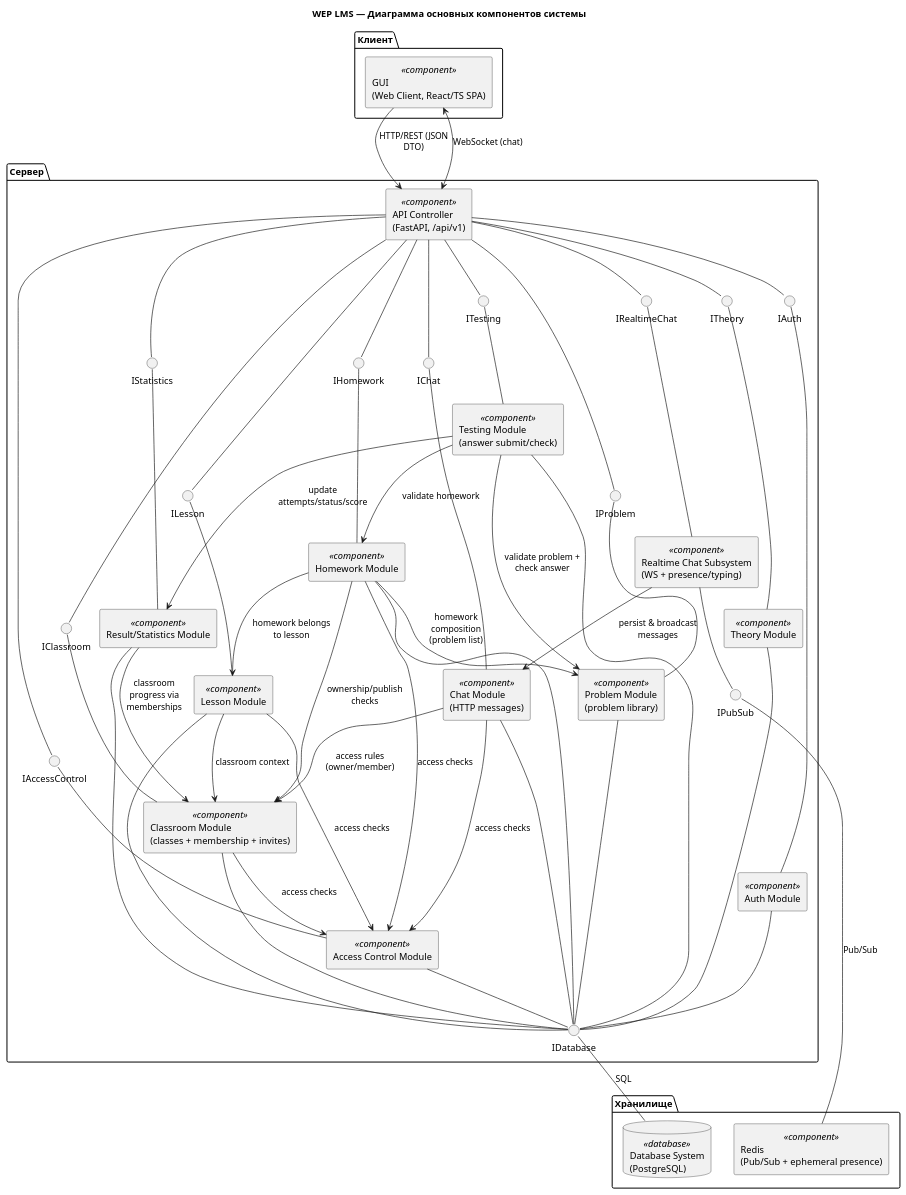
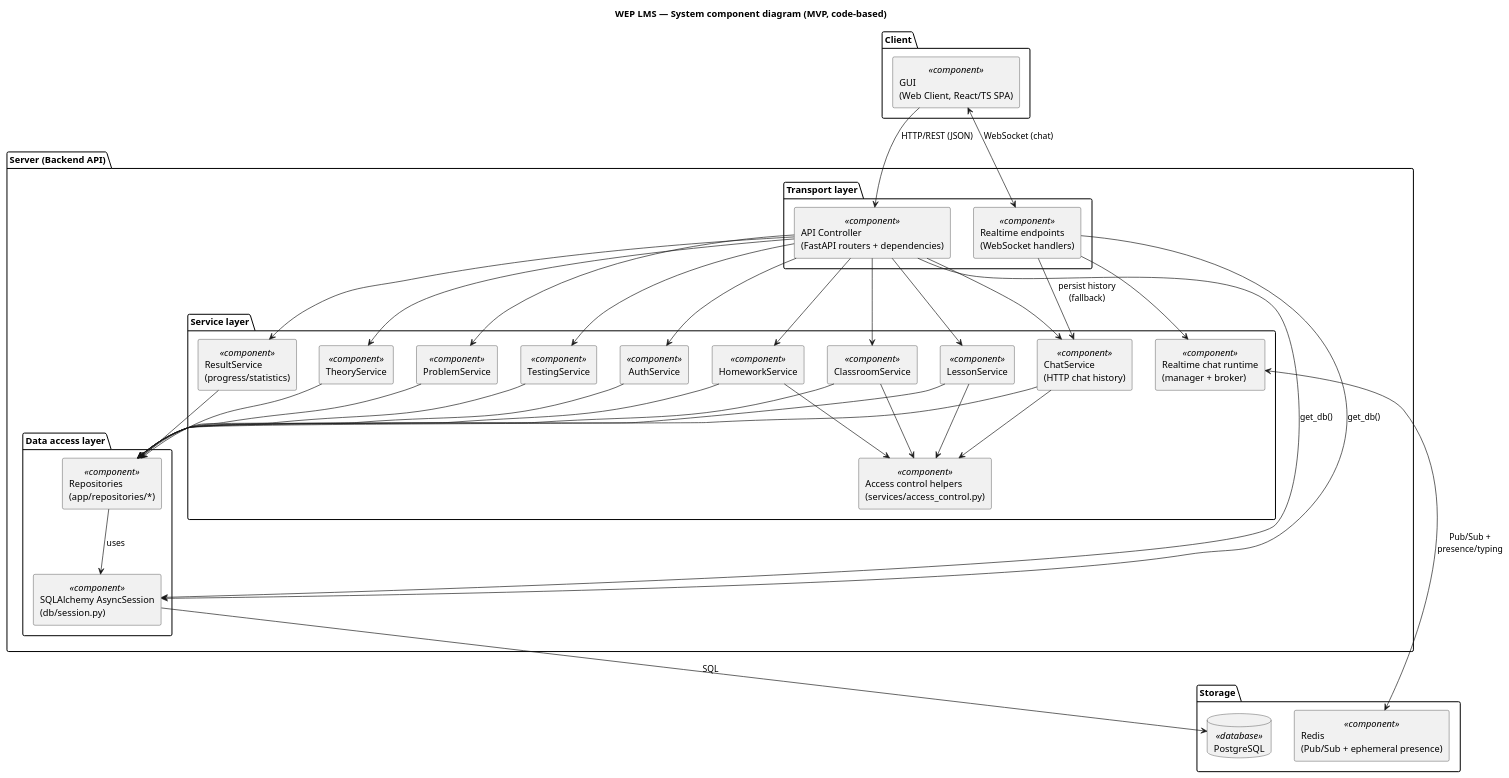
The diagram in docs/diagrams/component-diagram.puml (Kirill555dg/wep-education-platform), drawn with PlantUML before and after one commit. The commit also changed 1 other file, not shown here.

Commit message:
docs: restructure component diagram into layers

```diff
--- a/docs/diagrams/component-diagram.puml
+++ b/docs/diagrams/component-diagram.puml
@@ -1,110 +1,89 @@
 @startuml
-title WEP LMS — Диаграмма основных компонентов системы
+title WEP LMS — System component diagram (MVP, code-based)
 
 skinparam componentStyle rectangle
 skinparam shadowing false
-skinparam wrapWidth 240
+skinparam wrapWidth 220
 skinparam maxMessageSize 120
 
-package "Клиент" as client {
+package "Client" as client {
   component "GUI\n(Web Client, React/TS SPA)" as GUI <<component>>
 }
 
-package "Сервер" as server {
-  component "API Controller\n(FastAPI, /api/v1)" as API <<component>>
+package "Server (Backend API)" as server {
+  package "Transport layer" as transport {
+    component "API Controller\n(FastAPI routers + dependencies)" as API <<component>>
+    component "Realtime endpoints\n(WebSocket handlers)" as WS <<component>>
+  }
 
-  component "Auth Module" as AUTH <<component>>
-  component "Access Control Module" as ACL <<component>>
-  component "Classroom Module\n(classes + membership + invites)" as CLASSROOM <<component>>
-  component "Lesson Module" as LESSON <<component>>
-  component "Homework Module" as HOMEWORK <<component>>
-  component "Problem Module\n(problem library)" as PROBLEM <<component>>
-  component "Testing Module\n(answer submit/check)" as TESTING <<component>>
-  component "Result/Statistics Module" as STATS <<component>>
-  component "Theory Module" as THEORY <<component>>
-  component "Chat Module\n(HTTP messages)" as CHAT <<component>>
-  component "Realtime Chat Subsystem\n(WS + presence/typing)" as REALTIME <<component>>
+  package "Service layer" as services {
+    component "AuthService" as AUTH <<component>>
+    component "ClassroomService" as CLASSROOM <<component>>
+    component "LessonService" as LESSON <<component>>
+    component "HomeworkService" as HOMEWORK <<component>>
+    component "ProblemService" as PROBLEM <<component>>
+    component "TestingService" as TESTING <<component>>
+    component "ResultService\n(progress/statistics)" as STATS <<component>>
+    component "TheoryService" as THEORY <<component>>
+    component "ChatService\n(HTTP chat history)" as CHAT <<component>>
 
-  () "IAuth" as IAuth
-  () "IAccessControl" as IAccessControl
-  () "IClassroom" as IClassroom
-  () "ILesson" as ILesson
-  () "IHomework" as IHomework
-  () "IProblem" as IProblem
-  () "ITesting" as ITesting
-  () "IStatistics" as IStatistics
-  () "ITheory" as ITheory
-  () "IChat" as IChat
-  () "IRealtimeChat" as IRealtimeChat
-  () "IDatabase" as IDatabase
-  () "IPubSub" as IPubSub
+    component "Access control helpers\n(services/access_control.py)" as ACL <<component>>
+    component "Realtime chat runtime\n(manager + broker)" as REALTIME <<component>>
+  }
+
+  package "Data access layer" as dal {
+    component "SQLAlchemy AsyncSession\n(db/session.py)" as SESSION <<component>>
+    component "Repositories\n(app/repositories/*)" as REPOS <<component>>
+  }
 }
 
-package "Хранилище" as storage {
-  database "Database System\n(PostgreSQL)" as DB <<database>>
+package "Storage" as storage {
+  database "PostgreSQL" as DB <<database>>
   component "Redis\n(Pub/Sub + ephemeral presence)" as REDIS <<component>>
 }
 
-' Client ↔ Server (client–server interaction model)
-GUI --> API : HTTP/REST (JSON DTO)
-GUI <--> API : WebSocket (chat)
+' Client ↔ Server
+GUI --> API : HTTP/REST (JSON)
+GUI <--> WS : WebSocket (chat)
 
-' API Controller uses domain modules through provided interfaces
-API -- IAuth
-API -- IAccessControl
-API -- IClassroom
-API -- ILesson
-API -- IHomework
-API -- IProblem
-API -- ITesting
-API -- IStatistics
-API -- ITheory
-API -- IChat
-API -- IRealtimeChat
+' Transport → Services (FastAPI Depends + DTO mapping)
+API --> AUTH
+API --> CLASSROOM
+API --> LESSON
+API --> HOMEWORK
+API --> PROBLEM
+API --> TESTING
+API --> STATS
+API --> THEORY
+API --> CHAT
 
-IAuth -- AUTH
-IAccessControl -- ACL
-IClassroom -- CLASSROOM
-ILesson -- LESSON
-IHomework -- HOMEWORK
-IProblem -- PROBLEM
-ITesting -- TESTING
-IStatistics -- STATS
-ITheory -- THEORY
-IChat -- CHAT
-IRealtimeChat -- REALTIME
+WS --> REALTIME
+WS --> CHAT : persist history (fallback)
 
-' Inter-module dependencies (based on implemented MVP logic)
-LESSON --> CLASSROOM : classroom context
-HOMEWORK --> LESSON : homework belongs to lesson
-HOMEWORK --> CLASSROOM : ownership/publish checks
-HOMEWORK --> PROBLEM : homework composition (problem list)
-TESTING --> HOMEWORK : validate homework
-TESTING --> PROBLEM : validate problem + check answer
-TESTING --> STATS : update attempts/status/score
-STATS --> CLASSROOM : classroom progress via memberships
-CHAT --> CLASSROOM : access rules (owner/member)
-REALTIME --> CHAT : persist & broadcast messages
-CLASSROOM --> ACL : access checks
-LESSON --> ACL : access checks
-HOMEWORK --> ACL : access checks
-CHAT --> ACL : access checks
+' Services → shared access rules (used only where imported in code)
+CLASSROOM --> ACL
+LESSON --> ACL
+HOMEWORK --> ACL
+CHAT --> ACL
 
-' Data persistence and realtime infrastructure
-AUTH -- IDatabase
-ACL -- IDatabase
-CLASSROOM -- IDatabase
-LESSON -- IDatabase
-HOMEWORK -- IDatabase
-PROBLEM -- IDatabase
-TESTING -- IDatabase
-STATS -- IDatabase
-THEORY -- IDatabase
-CHAT -- IDatabase
+' Services → DAL
+AUTH --> REPOS
+CLASSROOM --> REPOS
+LESSON --> REPOS
+HOMEWORK --> REPOS
+PROBLEM --> REPOS
+TESTING --> REPOS
+STATS --> REPOS
+THEORY --> REPOS
+CHAT --> REPOS
 
-REALTIME -- IPubSub
+REPOS --> SESSION : uses
+API --> SESSION : get_db()
+WS --> SESSION : get_db()
 
-IDatabase -- DB : SQL
-IPubSub -- REDIS : Pub/Sub
+SESSION --> DB : SQL
+
+' Realtime infrastructure
+REALTIME <--> REDIS : Pub/Sub + presence/typing
 
 @enduml
```
